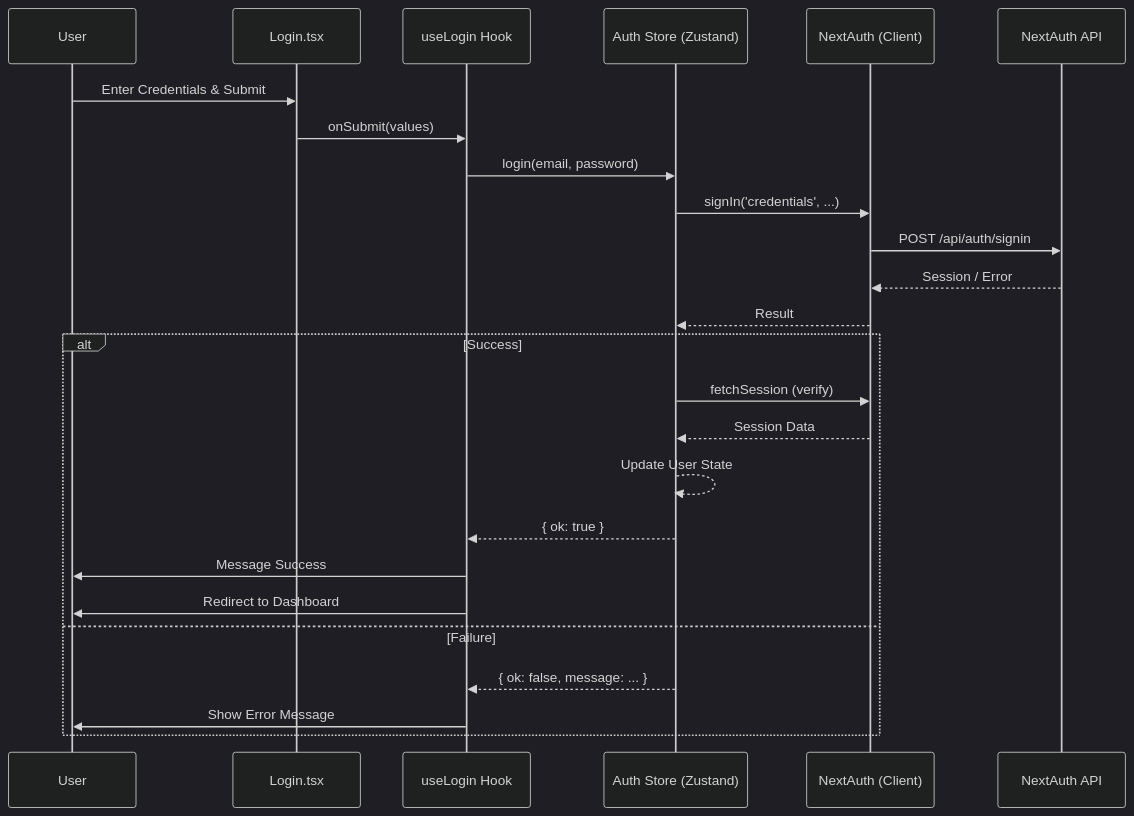
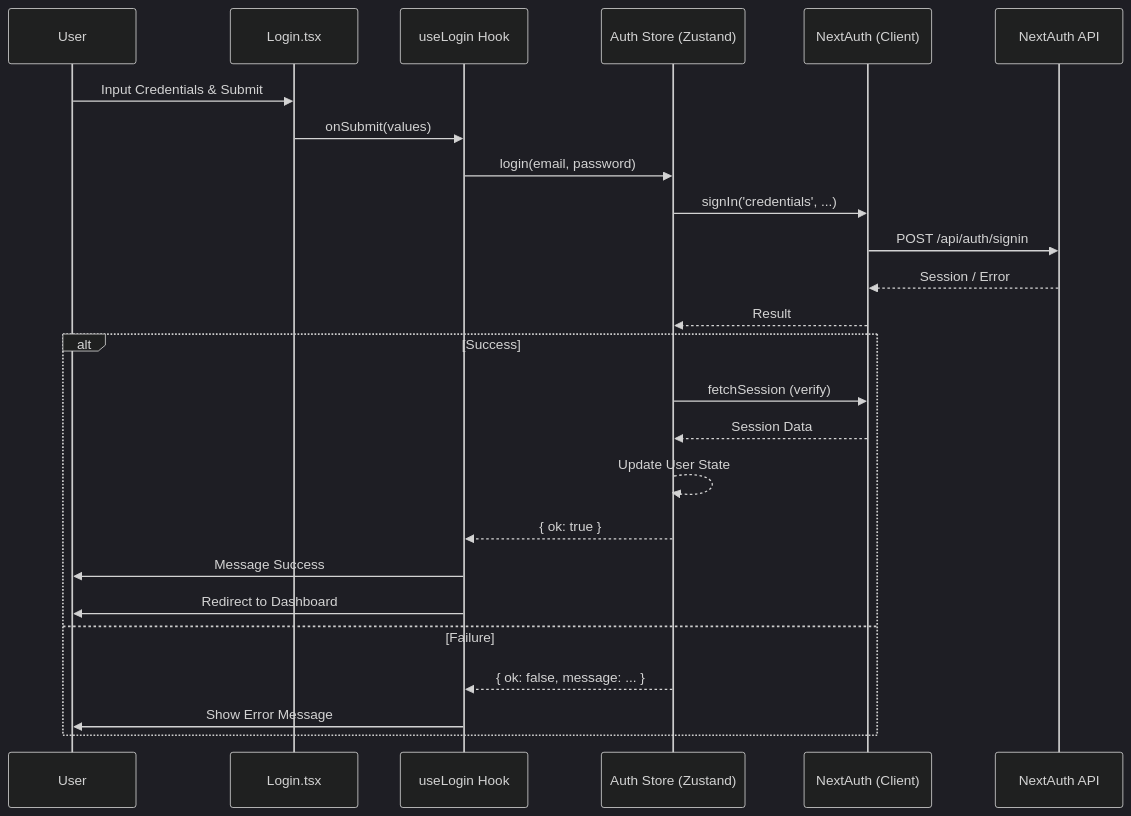
One commit to hadimiftahulf/test-hilir changed the diagram in .context/auth_flow.md. Above: the diagram before and after it, drawn with Mermaid (dark theme). The commit also changed other lines of this file and 8 other files, not shown here.

````diff
--- a/.context/auth_flow.md
+++ b/.context/auth_flow.md
@@ -33,29 +33,29 @@
 ```mermaid
 sequenceDiagram
     participant User
     participant LoginView as Login.tsx
     participant UseLogin as useLogin Hook
     participant AuthStore as Auth Store (Zustand)
     participant NextAuth as NextAuth (Client)
     participant API as NextAuth API
 
-    User->>LoginView: Enter Credentials & Submit
+    User->>LoginView: Input Credentials & Submit
     LoginView->>UseLogin: onSubmit(values)
     UseLogin->>AuthStore: login(email, password)
     AuthStore->>NextAuth: signIn('credentials', ...)
     NextAuth->>API: POST /api/auth/signin
     API-->>NextAuth: Session / Error
     NextAuth-->>AuthStore: Result
     
     alt Success
         AuthStore->>NextAuth: fetchSession (verify)
         NextAuth-->>AuthStore: Session Data
         AuthStore-->>AuthStore: Update User State
         AuthStore-->>UseLogin: { ok: true }
         UseLogin->>User: Message Success
         UseLogin->>User: Redirect to Dashboard
     else Failure
         AuthStore-->>UseLogin: { ok: false, message: ... }
         UseLogin->>User: Show Error Message
     end
 ```
````
